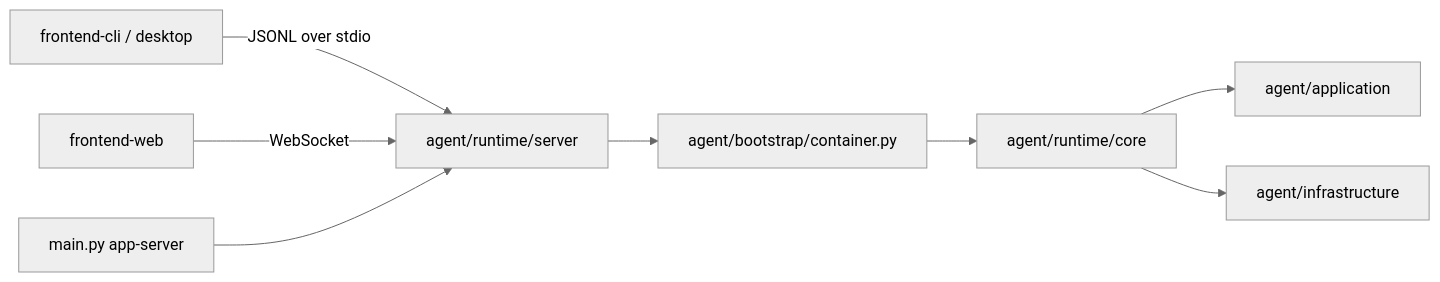
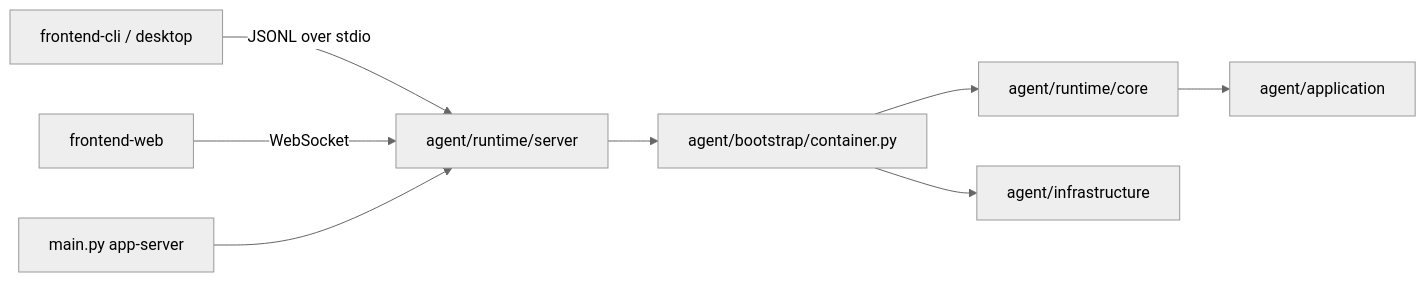
Before and after one commit to Azzurroooo/rind: the first of 2 diagrams in docs/main_pipeline.md, drawn with Mermaid (neutral theme). The commit also changed other lines of this file and 61 other files, not shown here.

````diff
--- a/docs/main_pipeline.md
+++ b/docs/main_pipeline.md
@@ -7,10 +7,10 @@
 ```mermaid
 flowchart LR
     Surface["frontend-cli / desktop"] -->|JSONL over stdio| Server["agent/runtime/server"]
     Web["frontend-web"] -->|WebSocket| Server
     Main["main.py app-server"] --> Server
     Server --> Bootstrap["agent/bootstrap/container.py"]
     Bootstrap --> Core["agent/runtime/core"]
     Core --> Application["agent/application"]
-    Core --> Infrastructure["agent/infrastructure"]
+    Bootstrap --> Infrastructure["agent/infrastructure"]
 ```
````
